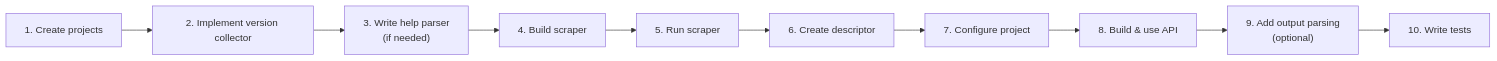
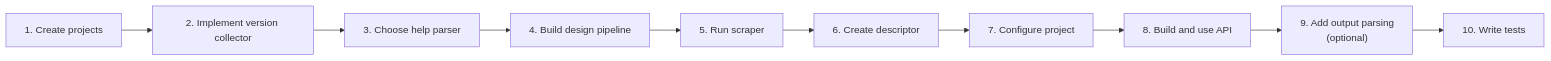
Before and after one commit to FrenchExDev/FrenchExDev: the first of 5 diagrams in Net/FrenchExDev/BinaryWrapper/doc/HOW-TO.md, drawn with Mermaid. The commit also changed other lines of this file and 29723 other files, not shown here.

````diff
--- a/Net/FrenchExDev/BinaryWrapper/doc/HOW-TO.md
+++ b/Net/FrenchExDev/BinaryWrapper/doc/HOW-TO.md
@@ -9,12 +9,12 @@
 ```mermaid
 flowchart LR
     A["1. Create projects"] --> B["2. Implement version collector"]
-    B --> C["3. Write help parser<br/>(if needed)"]
-    C --> D["4. Build scraper"]
+    B --> C["3. Choose help parser"]
+    C --> D["4. Build design pipeline"]
     D --> E["5. Run scraper"]
     E --> F["6. Create descriptor"]
     F --> G["7. Configure project"]
-    G --> H["8. Build & use API"]
-    H --> I["9. Add output parsing<br/>(optional)"]
+    G --> H["8. Build and use API"]
+    H --> I["9. Add output parsing<br>(optional)"]
     I --> J["10. Write tests"]
 ```
````
